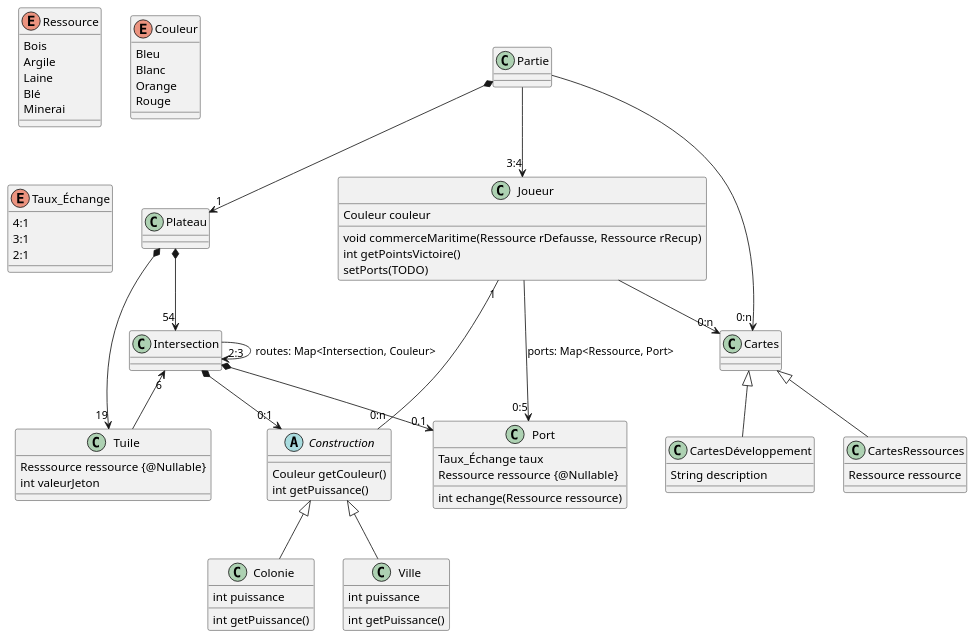
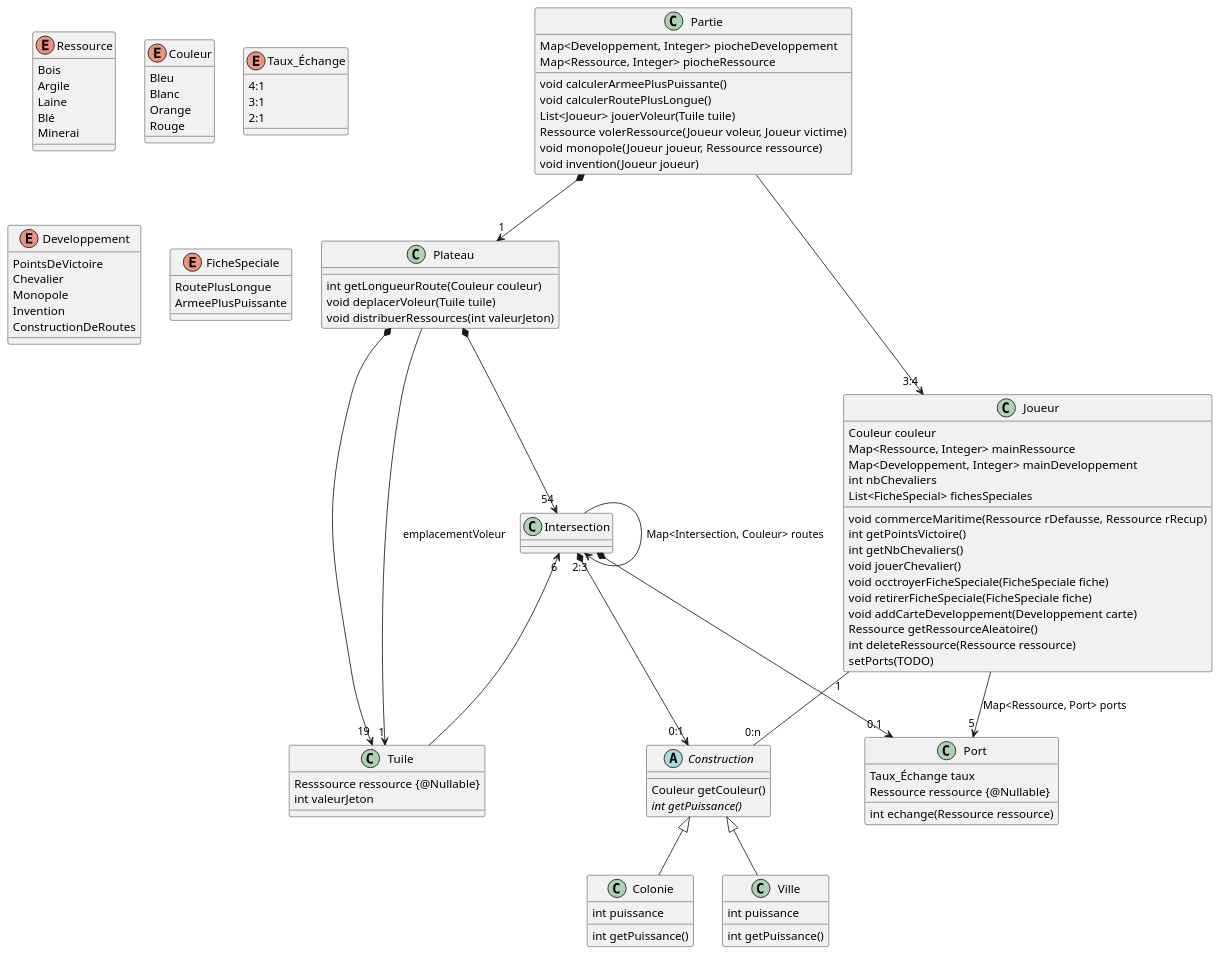
The first of 3 diagrams in catan-doc/modules/analyse/pages/analyse.adoc (Lapin-Obez/colon_de_catane), drawn with PlantUML before and after one commit.

Commit message:
Update class diagram to incorporate Development cards, Thief, hands and special cards

```diff
--- a/catan-doc/modules/analyse/pages/analyse.adoc
+++ b/catan-doc/modules/analyse/pages/analyse.adoc
@@ -44,8 +44,36 @@
 2:1
 }
 
-class Partie
-class Plateau
+enum Developpement {
+PointsDeVictoire
+Chevalier
+Monopole
+Invention
+ConstructionDeRoutes
+}
+
+enum FicheSpeciale {
+RoutePlusLongue
+ArmeePlusPuissante
+}
+
+class Partie {
+Map<Developpement, Integer> piocheDeveloppement
+Map<Ressource, Integer> piocheRessource
+
+void calculerArmeePlusPuissante()
+void calculerRoutePlusLongue()
+List<Joueur> jouerVoleur(Tuile tuile)
+Ressource volerRessource(Joueur voleur, Joueur victime)
+void monopole(Joueur joueur, Ressource ressource)
+void invention(Joueur joueur)
+}
+
+class Plateau {
+int getLongueurRoute(Couleur couleur)
+void deplacerVoleur(Tuile tuile)
+void distribuerRessources(int valeurJeton)
+}
 
 class Port{
 Taux_Échange taux
@@ -63,23 +91,26 @@
 
 class Joueur{
 Couleur couleur
+Map<Ressource, Integer> mainRessource
+Map<Developpement, Integer> mainDeveloppement
+int nbChevaliers
+List<FicheSpecial> fichesSpeciales
 
 void commerceMaritime(Ressource rDefausse, Ressource rRecup)
 int getPointsVictoire()
+int getNbChevaliers()
+void jouerChevalier()
+void occtroyerFicheSpeciale(FicheSpeciale fiche)
+void retirerFicheSpeciale(FicheSpeciale fiche)
+void addCarteDeveloppement(Developpement carte)
+Ressource getRessourceAleatoire()
+int deleteRessource(Ressource ressource)
 setPorts(TODO)
-}
-
-class Cartes
-class CartesRessources{
-  Ressource ressource
-}
-class CartesDéveloppement{
-  String description
 }
 
 abstract class Construction {
 Couleur getCouleur()
-int getPuissance()
+{abstract} int getPuissance()
 }
 class Colonie {
 int puissance
@@ -93,24 +124,19 @@
 
 Partie *--> "1" Plateau
 Plateau *--> "19" Tuile
+Plateau --> "1" Tuile : emplacementVoleur
 Plateau *--> "54" Intersection
 
 Construction <|-- Ville
 Construction <|-- Colonie
 
 Intersection *--> "0:1" Construction
-Intersection --> "2:3" Intersection : routes: Map<Intersection, Couleur>
+Intersection --> "2:3" Intersection : Map<Intersection, Couleur> routes
 Intersection "6" <-- Tuile
 Intersection *--> "0.1" Port
 
-Partie --> "0:n" Cartes
-
-Cartes <|-- CartesRessources
-Cartes <|-- CartesDéveloppement
-
 Partie --> "3:4" Joueur
-Joueur --> "0:n" Cartes
-Joueur --> "0:5" Port : ports: Map<Ressource, Port>
+Joueur --> "5" Port : Map<Ressource, Port> ports
 Joueur "1" -- "0:n" Construction
 
 @enduml
```
